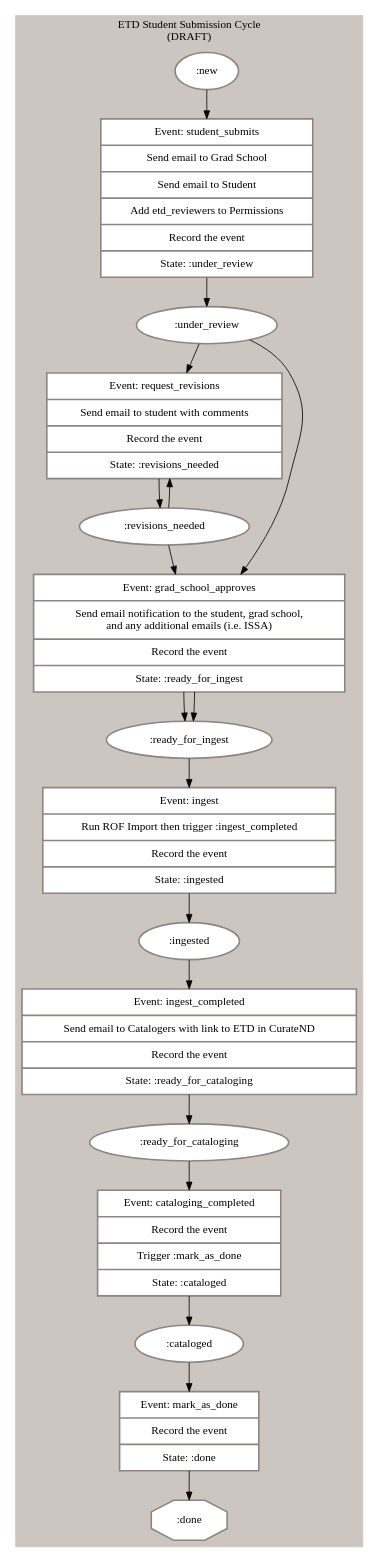
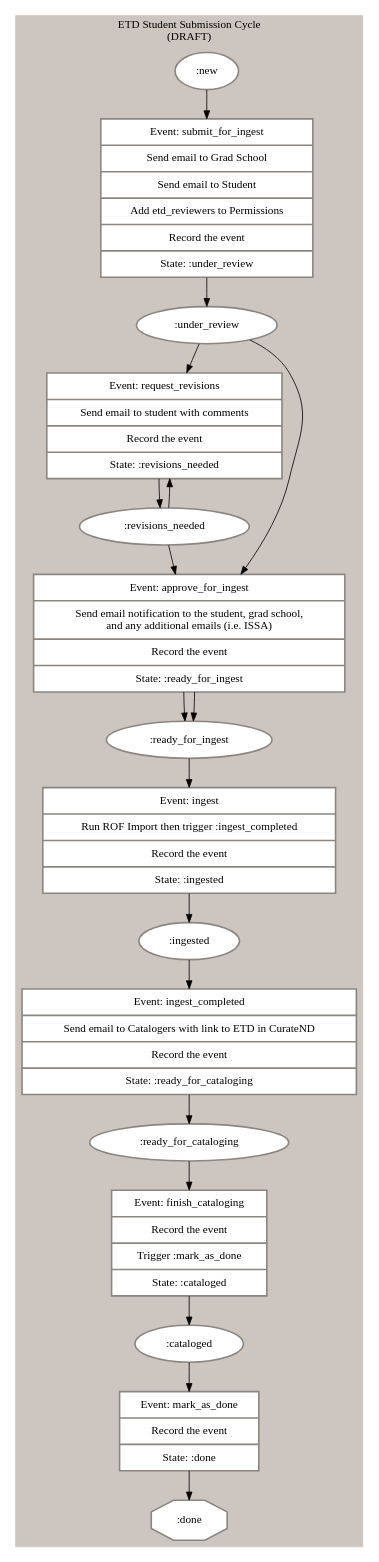
The diagram in artifacts/etd-submission-state-machine.dot (scholarworks/sipity), drawn with Graphviz before and after one commit. The commit also changed 2 other files, not shown here.

```diff
--- a/artifacts/etd-submission-state-machine.dot
+++ b/artifacts/etd-submission-state-machine.dot
@@ -1,39 +1,39 @@
 digraph "G" {
     compound=true;
     node[color="grey15" shape=record penwidth=2 margin="0.15, 0.125"];
 
     subgraph cluster_0 {
         label="ETD Student Submission Cycle\n(DRAFT)"
         color="seashell3"
         style="filled"
         node[style=filled fillcolor=white color="seashell4"]
 
         new [shape="oval" label=":new"]
         under_review[shape="oval" label=":under_review"]
         revisions_needed[shape="oval" label=":revisions_needed"]
         ready_for_ingest[shape="oval" label=":ready_for_ingest"]
         ingested[shape="oval" label=":ingested"]
         ready_for_cataloging[shape="oval" label=":ready_for_cataloging"]
         cataloged[shape="oval" label=":cataloged"]
         done[shape="octagon" label=":done"]
 
-        student_submits[shape="record" label="{ Event: student_submits | Send email to Grad School | Send email to Student | Add etd_reviewers to Permissions | Record the event | State: :under_review }"]
+        submit_for_ingest[shape="record" label="{ Event: submit_for_ingest | Send email to Grad School | Send email to Student | Add etd_reviewers to Permissions | Record the event | State: :under_review }"]
         request_revisions[shape="record" label="{ Event: request_revisions | Send email to student with comments | Record the event | State: :revisions_needed }"]
-        grad_school_approves[shape="record" label="{ Event: grad_school_approves | Send email notification to the student, grad school,\nand any additional emails (i.e. ISSA) | Record the event | State: :ready_for_ingest }"]
+        approve_for_ingest[shape="record" label="{ Event: approve_for_ingest | Send email notification to the student, grad school,\nand any additional emails (i.e. ISSA) | Record the event | State: :ready_for_ingest }"]
         ingest[shape="record" label="{ Event: ingest | Run ROF Import then trigger :ingest_completed | Record the event | State: :ingested }"]
         ingest_completed[shape="record" label="{ Event: ingest_completed | Send email to Catalogers with link to ETD in CurateND | Record the event | State: :ready_for_cataloging }"]
-        cataloging_completed[shape="record" label="{ Event: cataloging_completed | Record the event | Trigger :mark_as_done | State: :cataloged }"]
+        finish_cataloging[shape="record" label="{ Event: finish_cataloging | Record the event | Trigger :mark_as_done | State: :cataloged }"]
         mark_as_done[shape="record" label="{ Event: mark_as_done | Record the event | State: :done }"]
 
-        new -> student_submits -> under_review
+        new -> submit_for_ingest -> under_review
         under_review -> request_revisions -> revisions_needed
         revisions_needed -> request_revisions
-        under_review -> grad_school_approves -> ready_for_ingest
-        revisions_needed -> grad_school_approves -> ready_for_ingest
+        under_review -> approve_for_ingest -> ready_for_ingest
+        revisions_needed -> approve_for_ingest -> ready_for_ingest
         ready_for_ingest -> ingest -> ingested
         ingested -> ingest_completed -> ready_for_cataloging
-        ready_for_cataloging -> cataloging_completed -> cataloged
+        ready_for_cataloging -> finish_cataloging -> cataloged
         cataloged -> mark_as_done -> done
     }
 
 }
```
